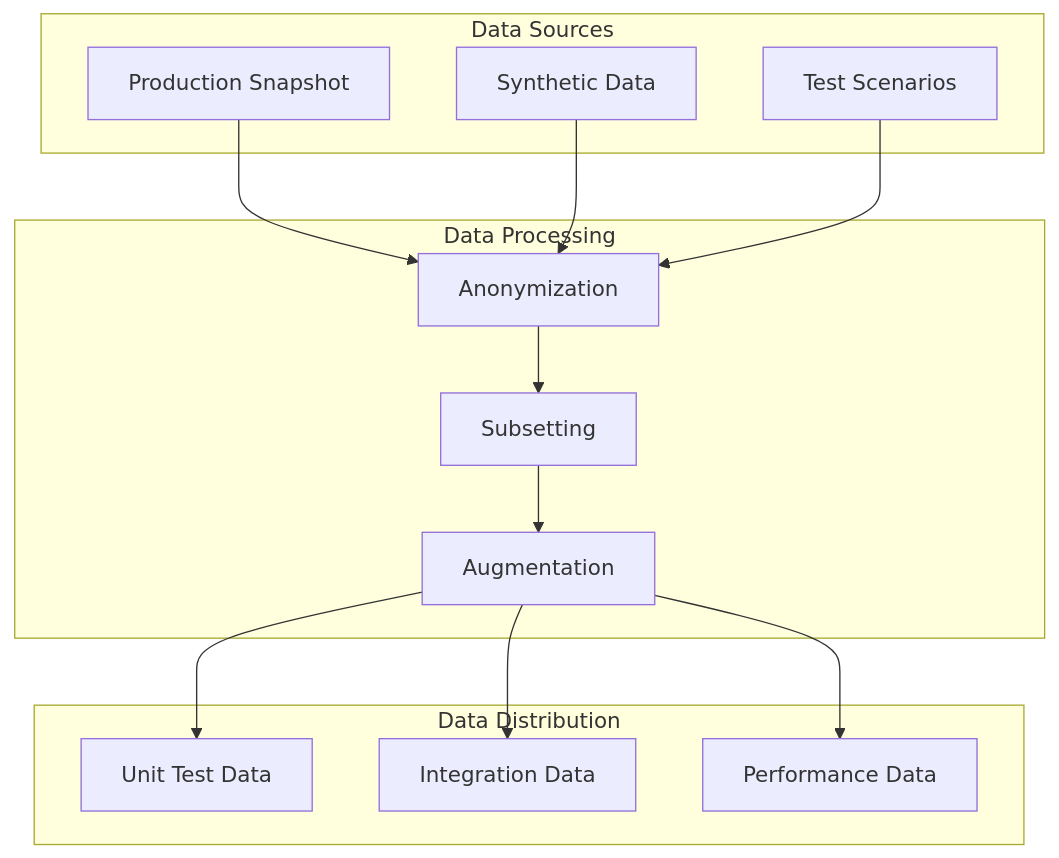
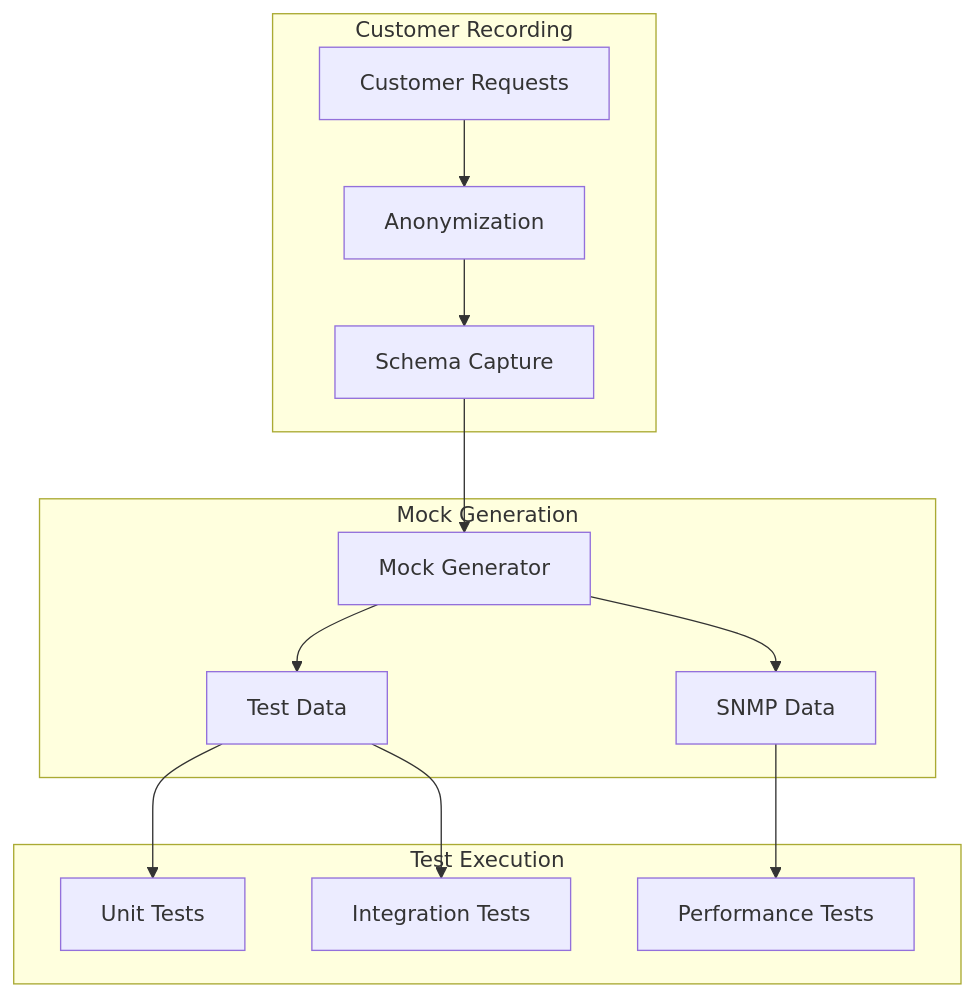
Diagram 11 of 13 in processes/software-development/04-quality-assurance.md (MortenSlotVinther/OmniTranscripts), drawn with Mermaid before and after one commit. The commit also changed other lines of this file and 9 other files, not shown here.

````diff
--- a/processes/software-development/04-quality-assurance.md
+++ b/processes/software-development/04-quality-assurance.md
@@ -464,31 +599,31 @@
 ```mermaid
 graph TD
-    subgraph "Data Sources"
-        PD[Production Snapshot]
-        SD[Synthetic Data]
-        TD[Test Scenarios]
+    subgraph "Customer Recording"
+        CR[Customer Requests]
+        AN[Anonymization]
+        SC[Schema Capture]
     end
     
-    subgraph "Data Processing"
-        AN[Anonymization]
-        SB[Subsetting]
-        AU[Augmentation]
+    subgraph "Mock Generation"
+        MG[Mock Generator]
+        TD[Test Data]
+        SN[SNMP Data]
     end
     
-    subgraph "Data Distribution"
-        UT[Unit Test Data]
-        IT[Integration Data]
-        PT[Performance Data]
+    subgraph "Test Execution"
+        UT[Unit Tests]
+        IT[Integration Tests]
+        PT[Performance Tests]
     end
     
-    PD --> AN
-    SD --> AN
-    TD --> AN
+    CR --> AN
+    AN --> SC
+    SC --> MG
     
-    AN --> SB
-    SB --> AU
+    MG --> TD
+    MG --> SN
     
-    AU --> UT
-    AU --> IT
-    AU --> PT
+    TD --> UT
+    TD --> IT
+    SN --> PT
 ```
````
